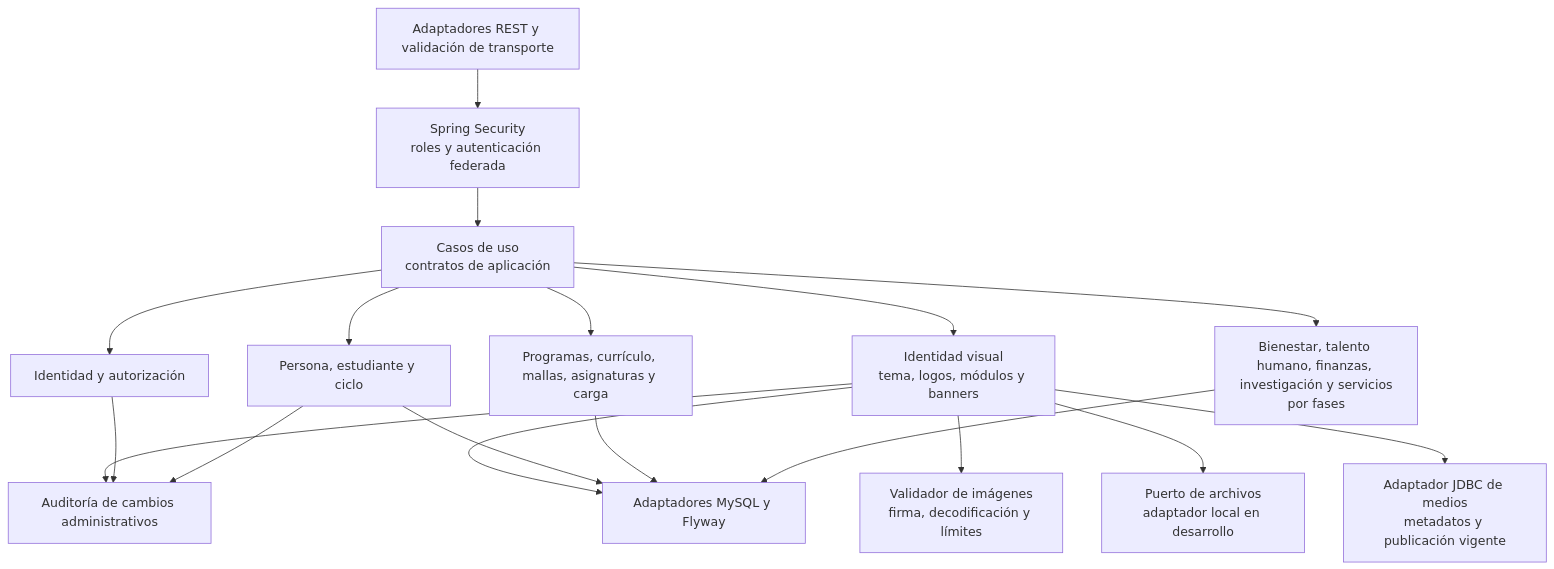
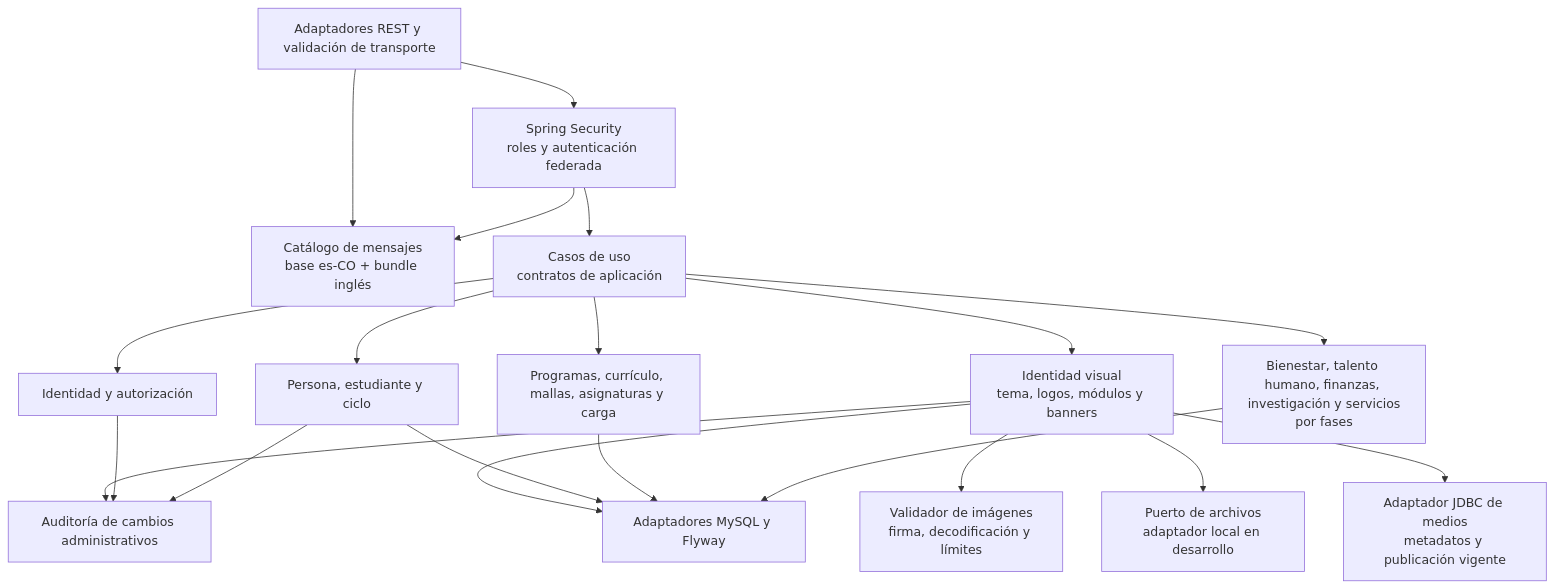
One commit to jdsalasca/open-university-backend changed the third of 3 diagrams in docs/architecture/c4.md. Above: the diagram before and after it, drawn with Mermaid. The commit also changed other lines of this file and 9 other files, not shown here.

````diff
--- a/docs/architecture/c4.md
+++ b/docs/architecture/c4.md
@@ -47,34 +52,37 @@
 ```mermaid
 flowchart TB
   Web[Adaptadores REST y validación de transporte]
   Security[Spring Security\nroles y autenticación federada]
+  I18n[Catálogo de mensajes\nbase es-CO + bundle inglés]
   UseCases[Casos de uso\ncontratos de aplicación]
   Branding[Identidad visual\ntema, logos, módulos y banners]
   Identity[Identidad y autorización]
   Student[Persona, estudiante y ciclo]
   Academics[Programas, currículo, mallas, asignaturas y carga]
   Other[Bienestar, talento humano, finanzas, investigación y servicios\npor fases]
   Audit[Auditoría de cambios administrativos]
   Persistence[Adaptadores MySQL y Flyway]
   MediaValidation[Validador de imágenes\nfirma, decodificación y límites]
   AssetStorage[Puerto de archivos\nadaptador local en desarrollo]
   AssetRepository[Adaptador JDBC de medios\nmetadatos y publicación vigente]
 
   Web --> Security
+  Web --> I18n
+  Security --> I18n
   Security --> UseCases
   UseCases --> Branding
   UseCases --> Identity
   UseCases --> Student
   UseCases --> Academics
   UseCases --> Other
   Branding --> Audit
   Identity --> Audit
   Student --> Audit
   Branding --> Persistence
   Branding --> MediaValidation
   Branding --> AssetStorage
   Branding --> AssetRepository
   Student --> Persistence
   Academics --> Persistence
   Other --> Persistence
 ```
````
